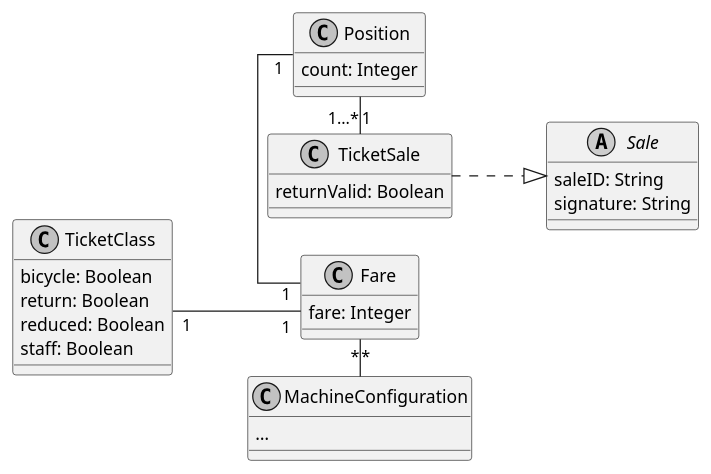
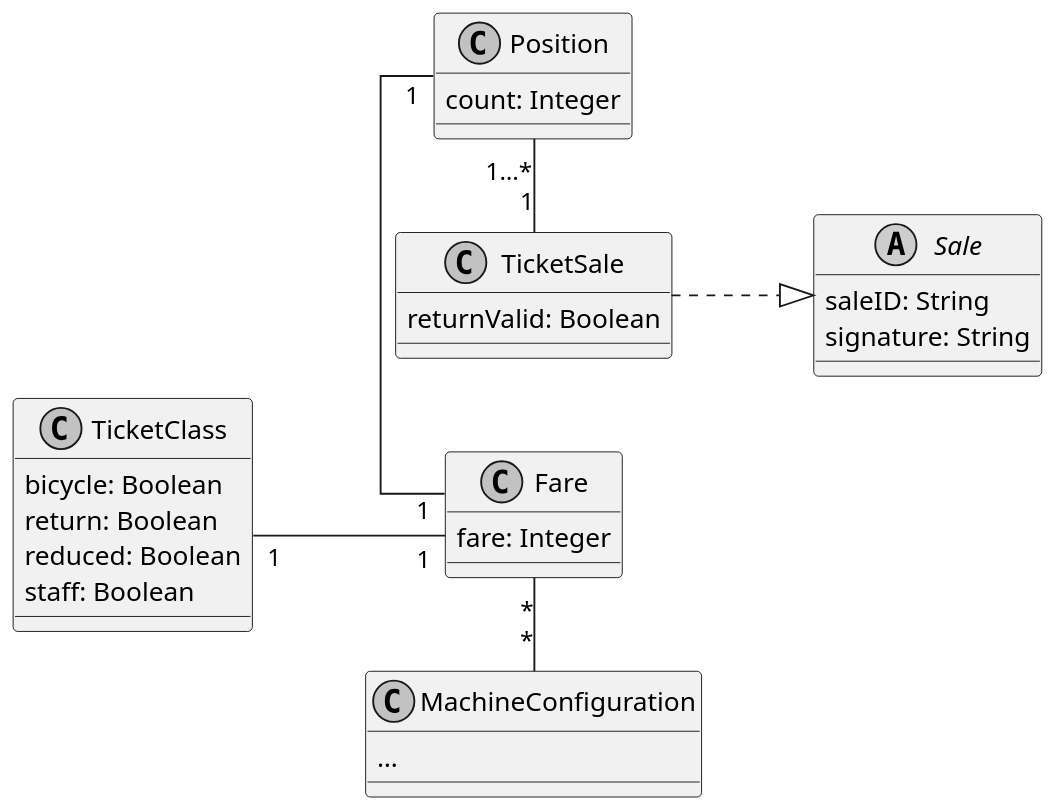
Before and after one commit to FerryTix/diagrams: the diagram in src/class_tickets.puml, drawn with PlantUML. The commit also changed 9 other files, not shown here.

Commit message:
increase dpi, add nodesep to rest of diagrams

```diff
--- a/src/class_tickets.puml
+++ b/src/class_tickets.puml
@@ -1,69 +1,71 @@
 @startuml
 skinparam linetype ortho
 left to right direction
 skinparam nodesep 30
 'title: Classes concerning Tickets
 skinparam monochrome true
+skinparam nodesep 50
+scale 1.5
 
 class TicketSale {
     returnValid: Boolean
     ' from: MachineLocation
     'positions: [Position]
 }
 
 class Position {
     ' fare: Fare
     count: Integer
 }
 
 Position "1" - "1" Fare
 Position "1…*" - "1" TicketSale
 
 'TicketSale "1" -- "1" Payment
 
 class TicketClass {
     bicycle: Boolean
     return: Boolean
     reduced: Boolean
     staff: Boolean
 }
 
 abstract class Sale {
     saleID: String
     'signedBy: VendingMachine
     signature: String
     'payment: Payment
 }
 
 TicketSale ..|> Sale
 'Sale "*" - "1" VendingMachine
 
 class MachineConfiguration {
     'forMachine: VendingMachine
     ' maxBicycles: Integer
     ' maxBicyclesTolerance: Integer
     ' maxPassengers: Integer
     ' maxPassengersTolerance: Integer
     'fares: [Fare]
     …
 }
 
 'MachineConfiguration "1" - "1…*" VendingMachine
 MachineConfiguration "*" -up "*" Fare
 
 class Fare {
     ' ticketClass: TicketClass
     fare: Integer
 }
 
 TicketClass "1" -- "1" Fare
 
 ' enum MachineCommand {
 '     setSignalRed
 '     setSignalGreen
 '     stopVending
 '     startVending
 ' }
 
 
 @enduml
```
